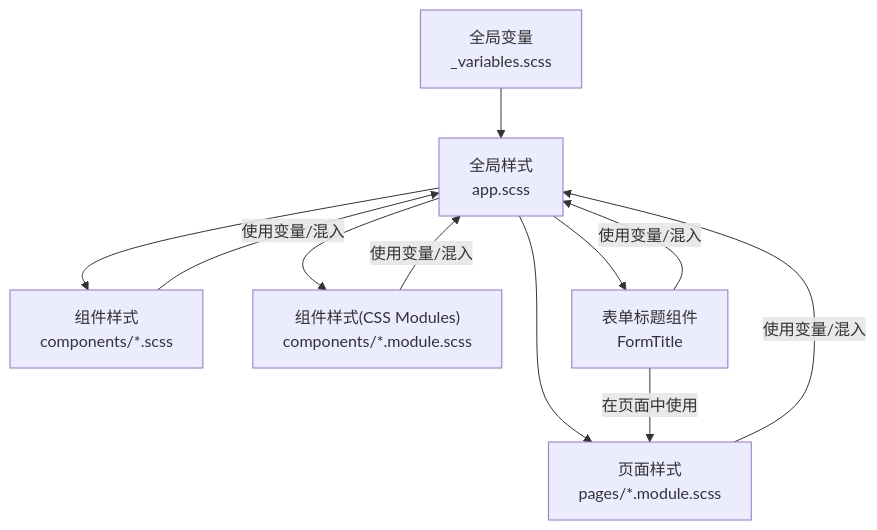
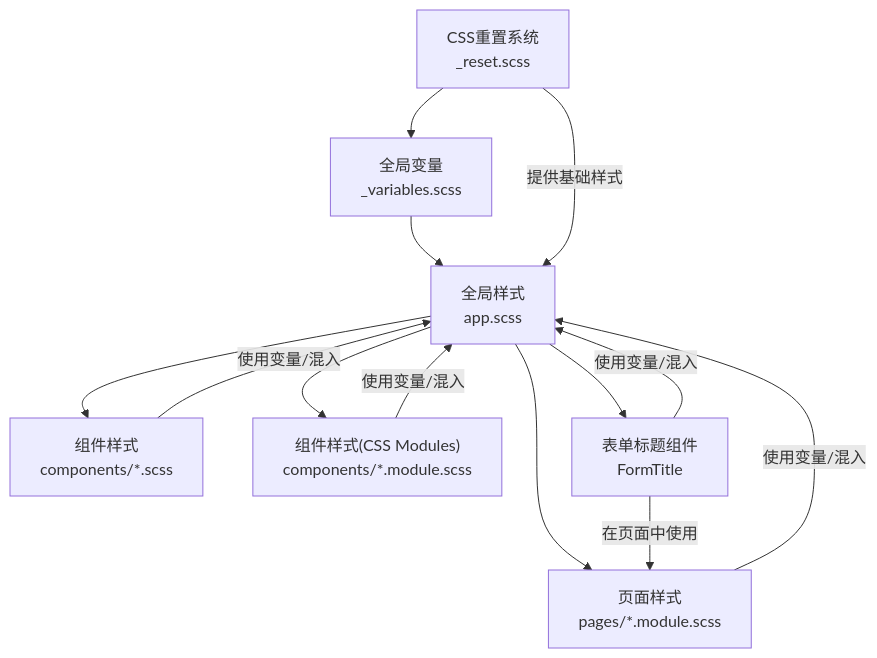
The second of 6 diagrams in .qoder/repowiki/zh/content/样式系统/样式系统.md (zuolinbao/redbook), drawn with Mermaid before and after one commit. The commit also changed other lines of this file and 10 other files, not shown here.

````diff
--- a/.qoder/repowiki/zh/content/样式系统/样式系统.md
+++ b/.qoder/repowiki/zh/content/样式系统/样式系统.md
@@ -120,13 +134,15 @@
 ```mermaid
 graph TB
-V["全局变量<br/>_variables.scss"] --> APP["全局样式<br/>app.scss"]
+RESET["CSS重置系统<br/>_reset.scss"] --> VARIABLES["全局变量<br/>_variables.scss"]
+VARIABLES --> APP["全局样式<br/>app.scss"]
 APP --> PAGES["页面样式<br/>pages/*.module.scss"]
 APP --> CMPS["组件样式<br/>components/*.scss"]
 APP --> CMPS2["组件样式(CSS Modules)<br/>components/*.module.scss"]
 APP --> FORMTITLE["表单标题组件<br/>FormTitle"]
 PAGES --> |使用变量/混入| APP
 CMPS --> |使用变量/混入| APP
 CMPS2 --> |使用变量/混入| APP
 FORMTITLE --> |使用变量/混入| APP
 FORMTITLE --> |在页面中使用| PAGES
+RESET --> |提供基础样式| APP
 ```
````
